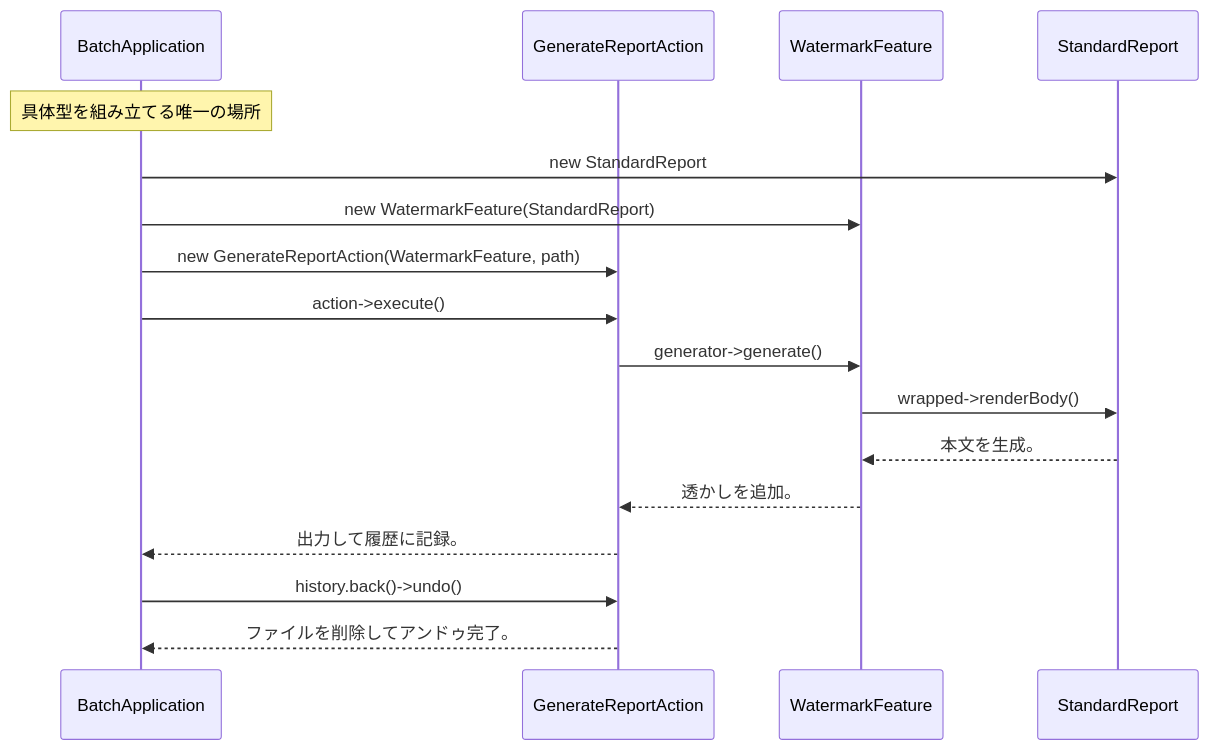
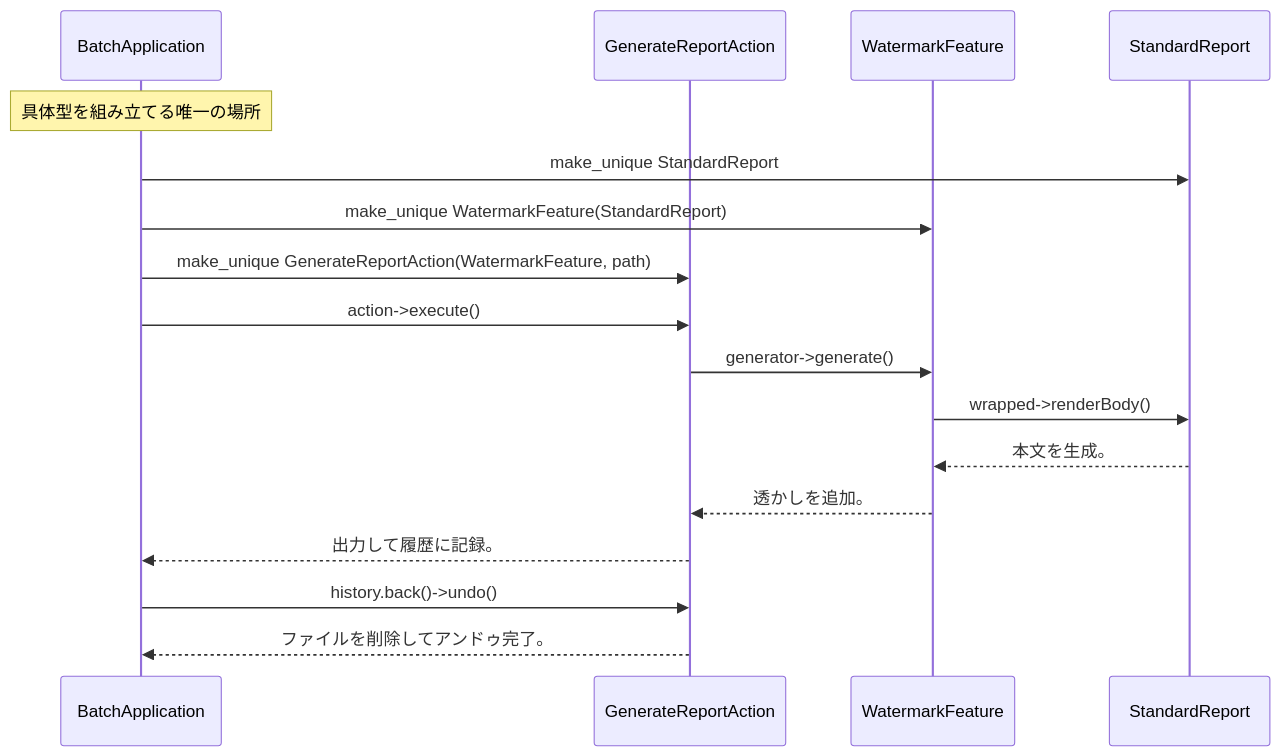
Before and after one commit to kumachan1101-pixel/DesignPattern: the fourth of 6 diagrams in kindle/design-patterns/output/chapter11.md, drawn with Mermaid. The commit also changed other lines of this file and 1 other file, not shown here.

Commit message:
docs: make report undo preserve existing files

````diff
--- a/kindle/design-patterns/output/chapter11.md
+++ b/kindle/design-patterns/output/chapter11.md
@@ -989,19 +1053,19 @@
 ```mermaid
 sequenceDiagram
     participant BA as BatchApplication
     participant GRA as GenerateReportAction
     participant WF as WatermarkFeature
     participant SR as StandardReport
     Note over BA: 具体型を組み立てる唯一の場所
-    BA->>SR: new StandardReport
-    BA->>WF: new WatermarkFeature(StandardReport)
-    BA->>GRA: new GenerateReportAction(WatermarkFeature, path)
+    BA->>SR: make_unique StandardReport
+    BA->>WF: make_unique WatermarkFeature(StandardReport)
+    BA->>GRA: make_unique GenerateReportAction(WatermarkFeature, path)
     BA->>GRA: action->execute()
     GRA->>WF: generator->generate()
     WF->>SR: wrapped->renderBody()
     SR-->>WF: 本文を生成。
     WF-->>GRA: 透かしを追加。
     GRA-->>BA: 出力して履歴に記録。
     BA->>GRA: history.back()->undo()
     GRA-->>BA: ファイルを削除してアンドゥ完了。
 ```
````
